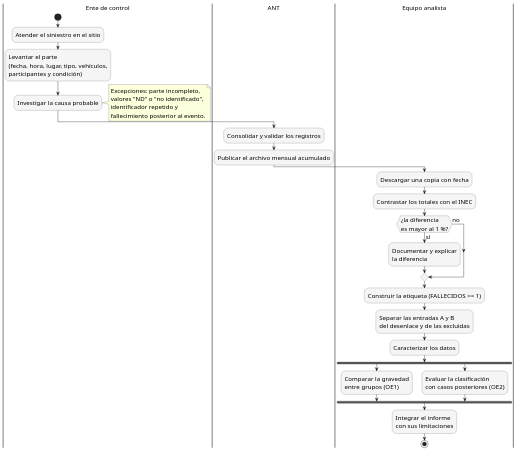
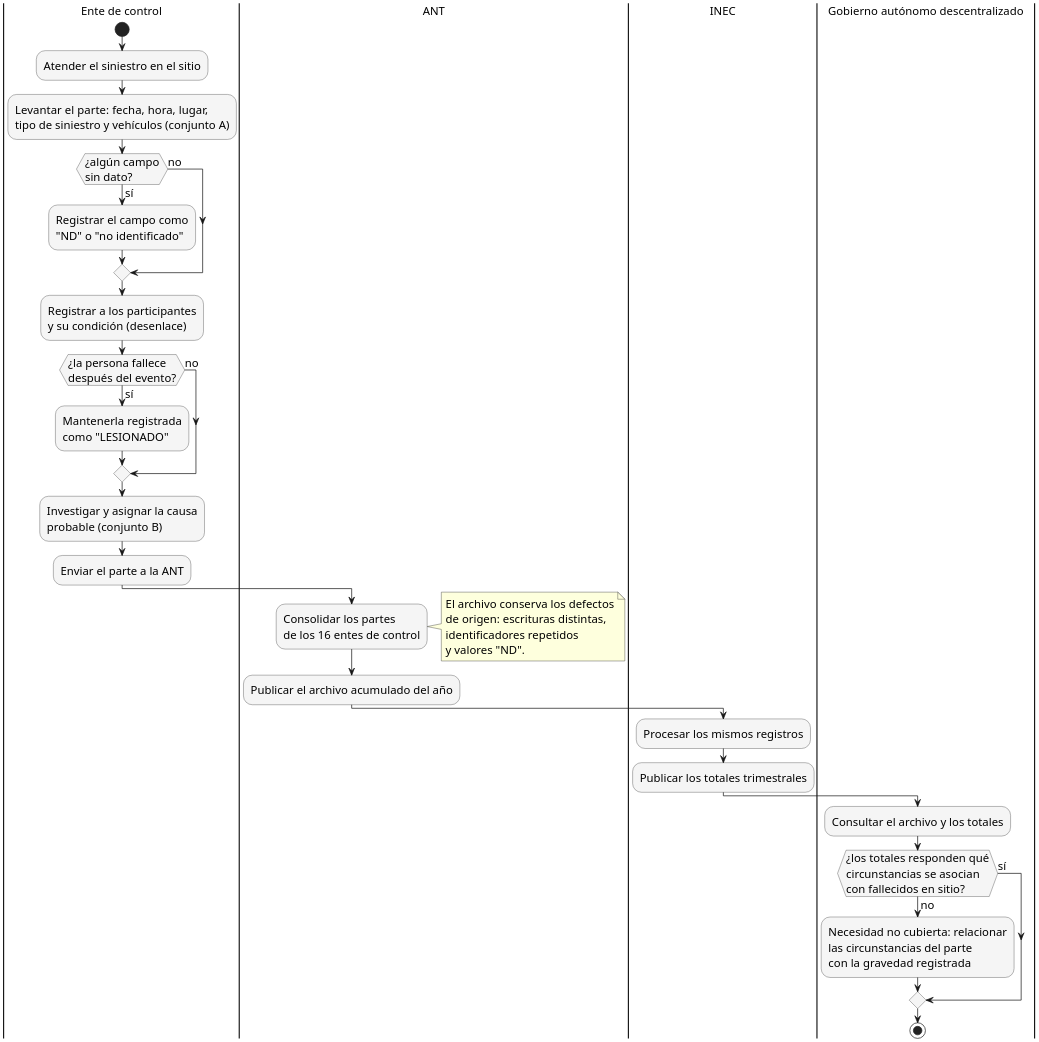
One commit to davexat/AI-midterm-project changed the diagram in tarea3/uml/M3_actividad.puml. Above: the diagram before and after it, drawn with PlantUML. The commit also changed 30 other files, not shown here.

```diff
--- a/tarea3/uml/M3_actividad.puml
+++ b/tarea3/uml/M3_actividad.puml
@@ -1,45 +1,48 @@
 @startuml M3_actividad
-' Figura 3: proceso desde el levantamiento del parte hasta el informe,
-' con los tres carriles y las excepciones previstas.
-skinparam defaultFontSize 18
+' Figura 3: cómo se produce y circula el dato del siniestro, con las
+' excepciones que condicionan el análisis como ramas del flujo.
+skinparam dpi 200
+skinparam defaultFontSize 16
 skinparam shadowing false
 skinparam activity {
   BackgroundColor #F5F5F5
   BorderColor #333333
   DiamondBackgroundColor #F5F5F5
 }
 
 |Ente de control|
 start
 :Atender el siniestro en el sitio;
-:Levantar el parte\n(fecha, hora, lugar, tipo, vehículos,\nparticipantes y condición);
-:Investigar la causa probable;
-note right
-  Excepciones: parte incompleto,
-  valores "ND" o "no identificado",
-  identificador repetido y
-  fallecimiento posterior al evento.
-end note
+:Levantar el parte: fecha, hora, lugar,\ntipo de siniestro y vehículos (conjunto A);
+if (¿algún campo\nsin dato?) then (sí)
+  :Registrar el campo como\n"ND" o "no identificado";
+else (no)
+endif
+:Registrar a los participantes\ny su condición (desenlace);
+if (¿la persona fallece\ndespués del evento?) then (sí)
+  :Mantenerla registrada\ncomo "LESIONADO";
+else (no)
+endif
+:Investigar y asignar la causa\nprobable (conjunto B);
+:Enviar el parte a la ANT;
 
 |ANT|
-:Consolidar y validar los registros;
-:Publicar el archivo mensual acumulado;
-
-|Equipo analista|
-:Descargar una copia con fecha;
-:Contrastar los totales con el INEC;
-if (¿la diferencia\nes mayor al 1 %?) then (sí)
-  :Documentar y explicar\nla diferencia;
-else (no)
+:Consolidar los partes\nde los 16 entes de control;
+note right
+  El archivo conserva los defectos
+  de origen: escrituras distintas,
+  identificadores repetidos
+  y valores "ND".
+end note
+:Publicar el archivo acumulado del año;
+|INEC|
+:Procesar los mismos registros;
+:Publicar los totales trimestrales;
+|Gobierno autónomo descentralizado|
+:Consultar el archivo y los totales;
+if (¿los totales responden qué\ncircunstancias se asocian\ncon fallecidos en sitio?) then (no)
+  :Necesidad no cubierta: relacionar\nlas circunstancias del parte\ncon la gravedad registrada;
+else (sí)
 endif
-:Construir la etiqueta (FALLECIDOS >= 1);
-:Separar las entradas A y B\ndel desenlace y de las excluidas;
-:Caracterizar los datos;
-fork
-  :Comparar la gravedad\nentre grupos (OE1);
-fork again
-  :Evaluar la clasificación\ncon casos posteriores (OE2);
-end fork
-:Integrar el informe\ncon sus limitaciones;
 stop
 @enduml
```
